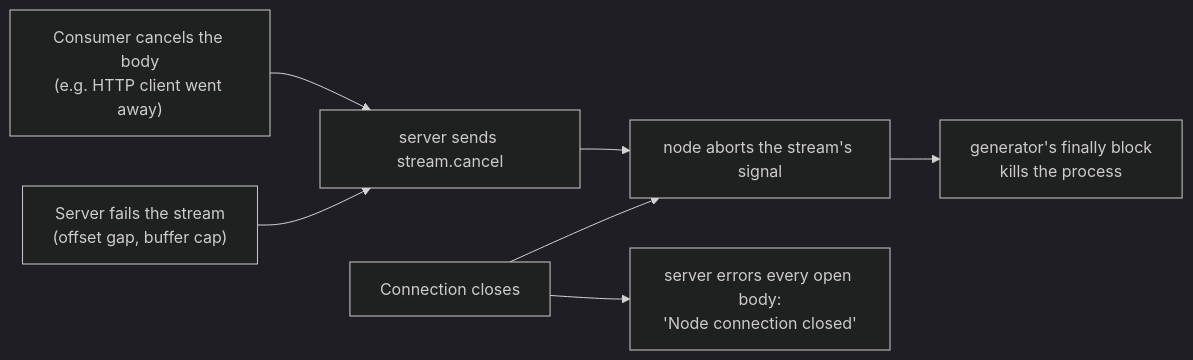
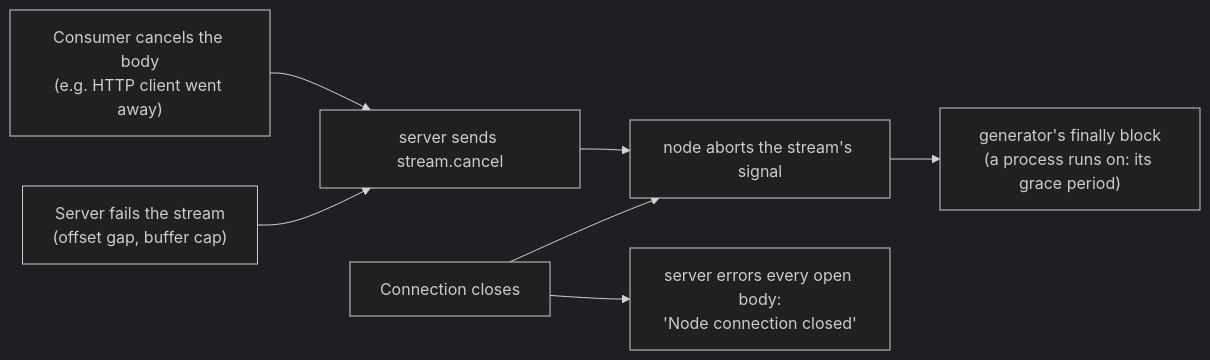
Before and after one commit to willtcarey/reins: the seventh of 9 diagrams in docs/dev/node-transport.md, drawn with Mermaid (dark theme). The commit also changed other lines of this file and 8 other files, not shown here.

````diff
--- a/docs/dev/node-transport.md
+++ b/docs/dev/node-transport.md
@@ -492,9 +492,9 @@
 ```mermaid
 graph LR
     A["Consumer cancels the body<br/>(e.g. HTTP client went away)"] --> C["server sends stream.cancel"]
     B["Server fails the stream<br/>(offset gap, buffer cap)"] --> C
     C --> D["node aborts the stream's signal"]
-    D --> E["generator's finally block<br/>kills the process"]
+    D --> E["generator's finally block<br/>(a process runs on: its grace period)"]
     F["Connection closes"] --> D
     F --> G["server errors every open body:<br/>'Node connection closed'"]
 ```
````
